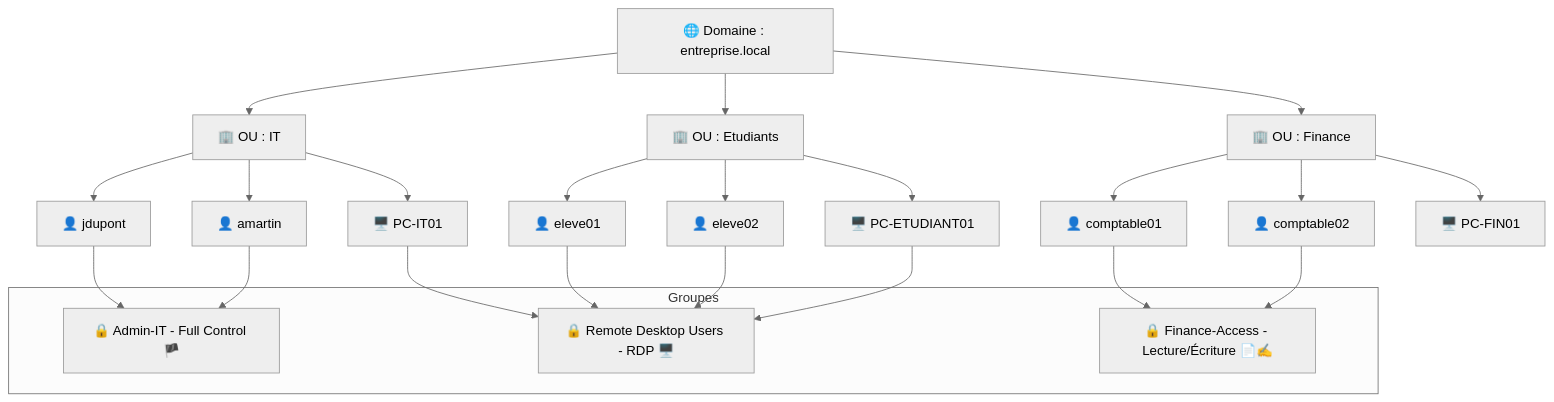
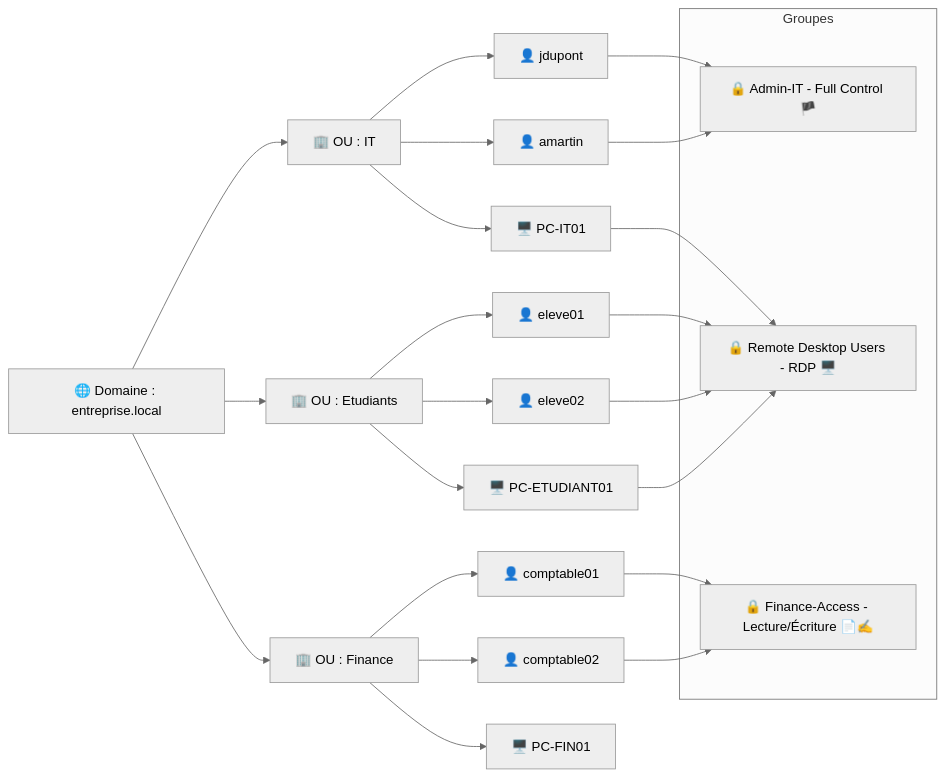
The diagram in 4.OUs/README.md (CollegeBoreal/INF1084-202-25A-04), drawn with Mermaid (neutral theme) before and after one commit.

Commit message:
Change graph direction from TD to LR in README

````diff
--- a/4.OUs/README.md
+++ b/4.OUs/README.md
@@ -107,46 +107,46 @@
 ```mermaid
-graph TD
+graph LR
     %% Domaine
     A[🌐 Domaine : entreprise.local] 
 
     %% OU
     A --> B[🏢 OU : IT]
     A --> C[🏢 OU : Etudiants]
     A --> D[🏢 OU : Finance]
 
     %% Comptes IT
     B --> B1[👤 jdupont]
     B --> B2[👤 amartin]
     B --> B3[🖥️ PC-IT01]
 
     %% Comptes Etudiants
     C --> C1[👤 eleve01]
     C --> C2[👤 eleve02]
     C --> C3[🖥️ PC-ETUDIANT01]
 
     %% Comptes Finance
     D --> D1[👤 comptable01]
     D --> D2[👤 comptable02]
     D --> D3[🖥️ PC-FIN01]
 
     %% Groupes et permissions
     subgraph Groupes
         G1[🔒 Admin-IT - Full Control 🏴 ]
         G2[🔒 Remote Desktop Users - RDP 🖥️ ]
         G3[🔒 Finance-Access - Lecture/Écriture 📄✍️]
     end
 
     %% Affectations IT
     B1 --> G1
     B2 --> G1
     B3 --> G2
 
     %% Affectations Etudiants
     C1 --> G2
     C2 --> G2
     C3 --> G2
 
     %% Affectations Finance
     D1 --> G3
     D2 --> G3
 ```
````
